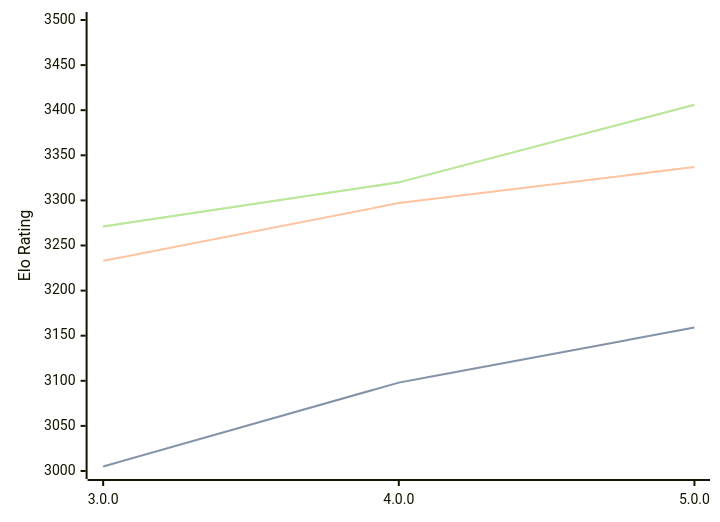
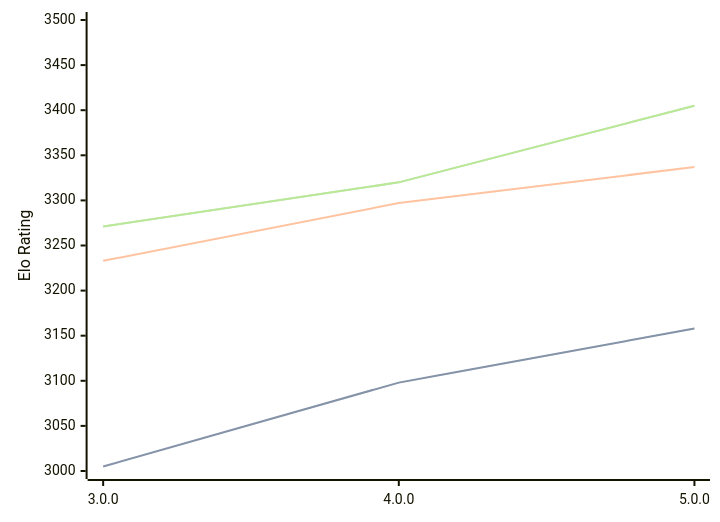
One commit to computer-chess-index/cci changed the diagram in engines/Minke.md. Above: the diagram before and after it, drawn with Mermaid. The commit also changed other lines of this file, not shown here.

Commit message:
Update CCI Ratings (ELO VLTC) - 2026-03-26

````diff
--- a/engines/Minke.md
+++ b/engines/Minke.md
@@ -35,11 +35,11 @@
 ```mermaid
 %%{init: {"theme":"base","themeVariables":{"seriesColors:['#a3a3a3','#222221','#faa371']}}}%%
 xychart-beta
   x-axis ["3.0.0", "4.0.0", "5.0.0"]
   y-axis "Elo Rating" 3000 --> 3500
-  line "STC (8.0+0.08s)" [3005, 3098, 3159]
-  line "STC (8.0+0.08s)" [3005, 3098, 3159]
+  line "STC (8.0+0.08s)" [3005, 3098, 3158]
+  line "STC (8.0+0.08s)" [3005, 3098, 3158]
   line "LTC (60.0+0.60s)" [3233, 3297, 3337]
-  line "VLTC (2m24s+1.12s)" [3271, 3320, 3406]
-  line "VLTC (2m24s+1.12s)" [3271, 3320, 3406]
+  line "VLTC (2m24s+1.12s)" [3271, 3320, 3405]
+  line "VLTC (2m24s+1.12s)" [3271, 3320, 3405]
 ```
````
